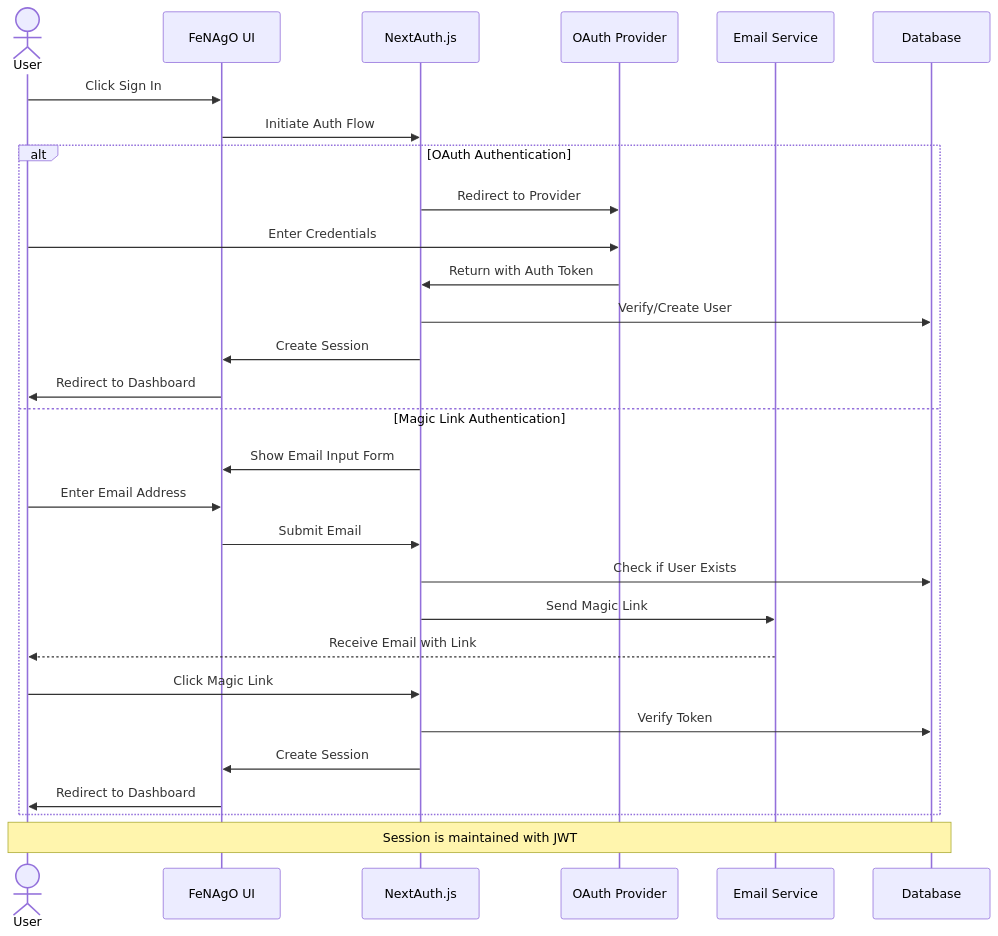
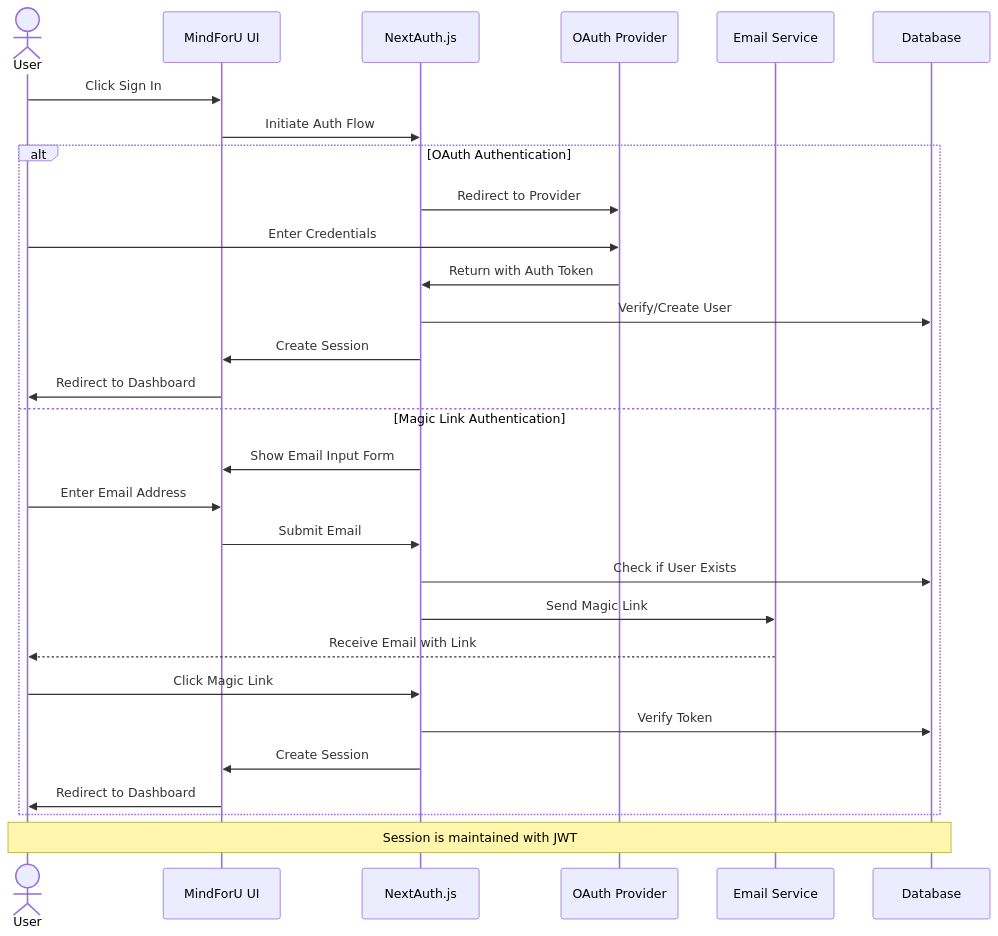
Before and after one commit to erlandrivero/MindForUPublic: the diagram in DevPlanDocs/mermaid-authentication-flow.md, drawn with Mermaid. The commit also changed other lines of this file and 13 other files, not shown here.

Commit message:
Rebrand: Replace all occurrences of FeNAgO with MindForU in documentation and code.

````diff
--- a/DevPlanDocs/mermaid-authentication-flow.md
+++ b/DevPlanDocs/mermaid-authentication-flow.md
@@ -5,34 +5,34 @@
 ```mermaid
 sequenceDiagram
     actor User
-    participant UI as FeNAgO UI
+    participant UI as MindForU UI
     participant Auth as NextAuth.js
     participant OAuth as OAuth Provider
     participant Email as Email Service
     participant DB as Database
     
     User->>UI: Click Sign In
     UI->>Auth: Initiate Auth Flow
     
     alt OAuth Authentication
         Auth->>OAuth: Redirect to Provider
         User->>OAuth: Enter Credentials
         OAuth->>Auth: Return with Auth Token
         Auth->>DB: Verify/Create User
         Auth->>UI: Create Session
         UI->>User: Redirect to Dashboard
     else Magic Link Authentication
         Auth->>UI: Show Email Input Form
         User->>UI: Enter Email Address
         UI->>Auth: Submit Email
         Auth->>DB: Check if User Exists
         Auth->>Email: Send Magic Link
         Email-->>User: Receive Email with Link
         User->>Auth: Click Magic Link
         Auth->>DB: Verify Token
         Auth->>UI: Create Session
         UI->>User: Redirect to Dashboard
     end
     
     Note over User,DB: Session is maintained with JWT
 ```
````
